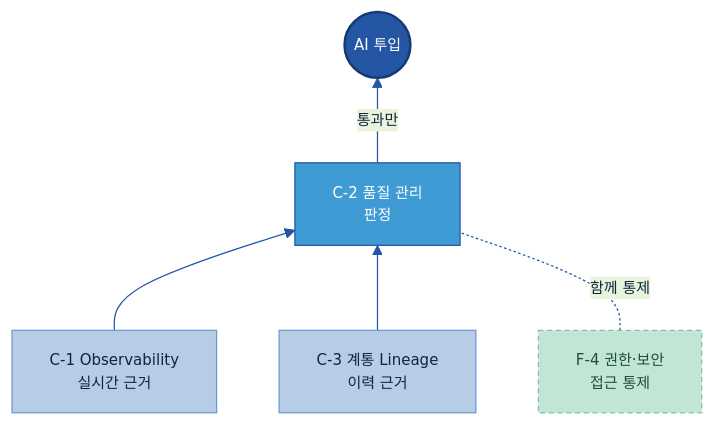
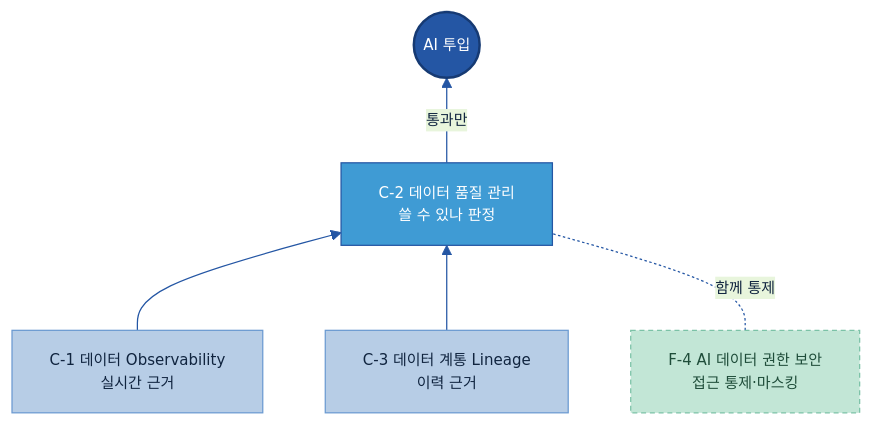
One commit to jin-kearney/ai-ready-data-manual changed the fourth of 7 diagrams in 전체 목차/00 전체 목차 (20개 주제).md. Above: the diagram before and after it, drawn with Mermaid. The commit also changed other lines of this file and 1 other file, not shown here.

````diff
--- a/전체 목차/00 전체 목차 (20개 주제).md
+++ b/전체 목차/00 전체 목차 (20개 주제).md
@@ -122,12 +118,12 @@
 ```mermaid
 %%{init: {'theme':'base','themeVariables':{'primaryColor':'#DCE8F5','primaryBorderColor':'#2456A4','primaryTextColor':'#10243f','lineColor':'#2456A4','fontSize':'12px'}}}%%
 flowchart BT
-    OBS["C-1 Observability<br/>실시간 근거"]:::n --> QUAL
-    LIN["C-3 계통 Lineage<br/>이력 근거"]:::n --> QUAL["C-2 품질 관리<br/>판정"]:::gate
-    SEC["F-4 권한·보안<br/>접근 통제"]:::cross -.함께 통제.- QUAL
+    OBS["C-1 데이터 Observability<br/>실시간 근거"]:::n --> QUAL
+    LIN["C-3 데이터 계통 Lineage<br/>이력 근거"]:::n --> QUAL["C-2 데이터 품질 관리<br/>쓸 수 있나 판정"]:::gate
+    SEC["F-4 AI 데이터 권한 보안<br/>접근 통제·마스킹"]:::cross -.함께 통제.- QUAL
     QUAL -->|통과만| AI(("AI 투입")):::cat
     classDef n fill:#B7CDE6,stroke:#6B9AD1,color:#10243f;
     classDef gate fill:#3F9BD4,stroke:#2456A4,color:#fff;
     classDef cat fill:#2456A4,color:#fff,stroke:#163a73,stroke-width:2px;
     classDef cross fill:#C2E6D6,stroke:#7CC2A7,color:#1f4d3a,stroke-dasharray:4 3;
 ```
````
